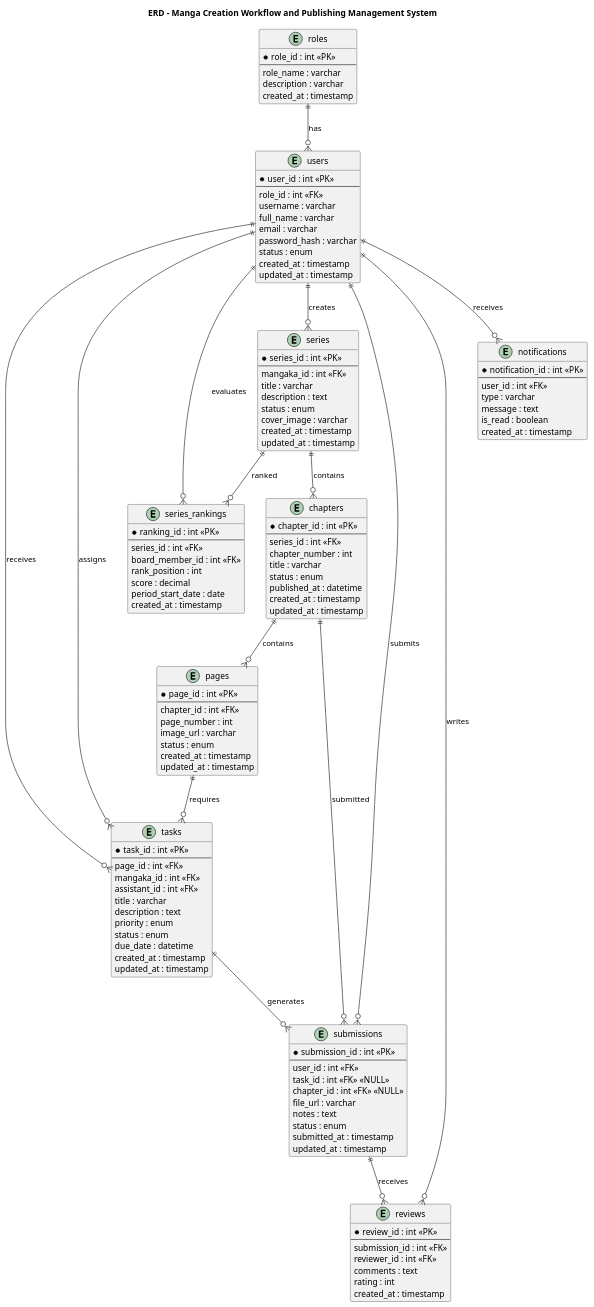
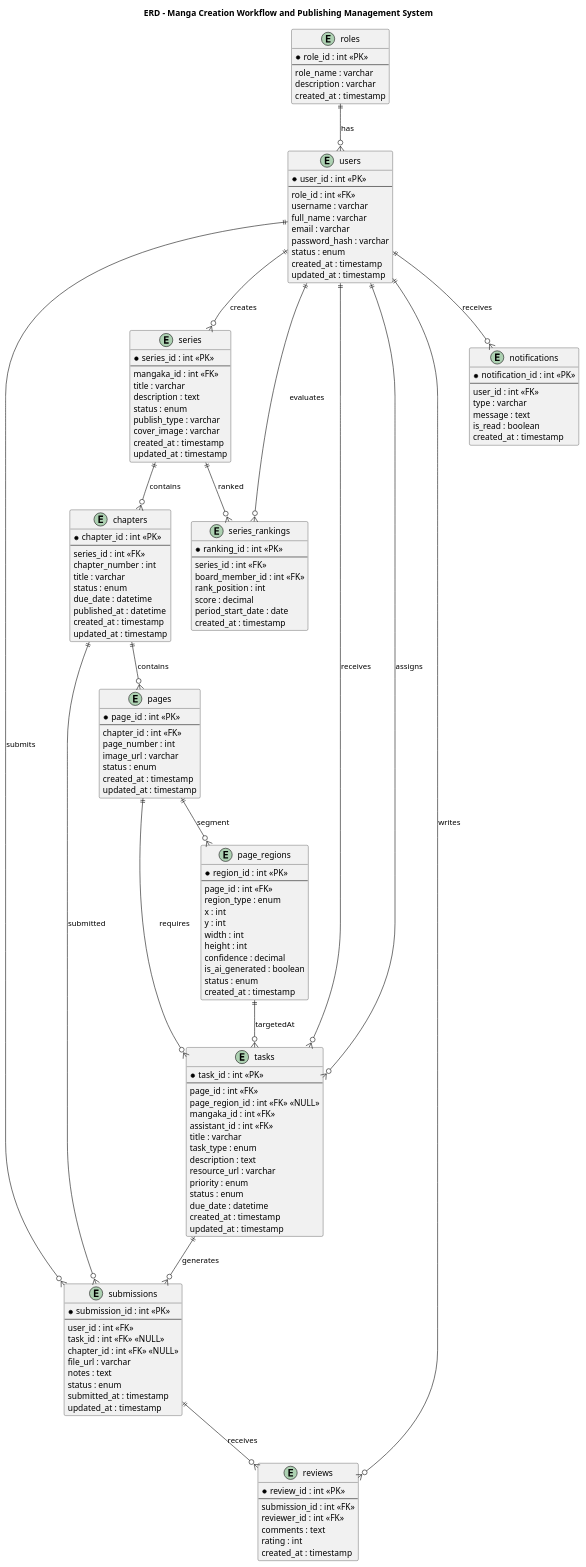
One commit to trongtan0079/Manga-publishing-management-system changed the diagram in UML/ERD.puml. Above: the diagram before and after it, drawn with PlantUML. The commit also changed 1 other file, not shown here.

Commit message:
docs: align ERD and Use Case diagrams with new database and code changes

```diff
--- a/UML/ERD.puml
+++ b/UML/ERD.puml
@@ -1,142 +1,164 @@
 @startuml
 title ERD - Manga Creation Workflow and Publishing Management System
 
 entity roles {
   *role_id : int <<PK>>
   --
   role_name : varchar
   description : varchar
   created_at : timestamp
 }
 
 entity users {
   *user_id : int <<PK>>
   --
   role_id : int <<FK>>
   username : varchar
   full_name : varchar
   email : varchar
   password_hash : varchar
   status : enum
   created_at : timestamp
   updated_at : timestamp
 }
 
 entity series {
   *series_id : int <<PK>>
   --
   mangaka_id : int <<FK>>
   title : varchar
   description : text
   status : enum
+  publish_type : varchar
   cover_image : varchar
   created_at : timestamp
   updated_at : timestamp
 }
 
 entity chapters {
   *chapter_id : int <<PK>>
   --
   series_id : int <<FK>>
   chapter_number : int
   title : varchar
   status : enum
+  due_date : datetime
   published_at : datetime
   created_at : timestamp
   updated_at : timestamp
+}
+
+entity page_regions {
+  *region_id : int <<PK>>
+  --
+  page_id : int <<FK>>
+  region_type : enum
+  x : int
+  y : int
+  width : int
+  height : int
+  confidence : decimal
+  is_ai_generated : boolean
+  status : enum
+  created_at : timestamp
 }
 
 entity pages {
   *page_id : int <<PK>>
   --
   chapter_id : int <<FK>>
   page_number : int
   image_url : varchar
   status : enum
   created_at : timestamp
   updated_at : timestamp
 }
 
 entity tasks {
   *task_id : int <<PK>>
   --
   page_id : int <<FK>>
+  page_region_id : int <<FK>> <<NULL>>
   mangaka_id : int <<FK>>
   assistant_id : int <<FK>>
   title : varchar
+  task_type : enum
   description : text
+  resource_url : varchar
   priority : enum
   status : enum
   due_date : datetime
   created_at : timestamp
   updated_at : timestamp
 }
 
 entity submissions {
   *submission_id : int <<PK>>
   --
   user_id : int <<FK>>
   task_id : int <<FK>> <<NULL>>
   chapter_id : int <<FK>> <<NULL>>
   file_url : varchar
   notes : text
   status : enum
   submitted_at : timestamp
   updated_at : timestamp
 }
 
 entity reviews {
   *review_id : int <<PK>>
   --
   submission_id : int <<FK>>
   reviewer_id : int <<FK>>
   comments : text
   rating : int
   created_at : timestamp
 }
 
 entity series_rankings {
   *ranking_id : int <<PK>>
   --
   series_id : int <<FK>>
   board_member_id : int <<FK>>
   rank_position : int
   score : decimal
   period_start_date : date
   created_at : timestamp
 }
 
 entity notifications {
   *notification_id : int <<PK>>
   --
   user_id : int <<FK>>
   type : varchar
   message : text
   is_read : boolean
   created_at : timestamp
 }
 
 roles ||--o{ users : has
 
 users ||--o{ series : creates
 
 users ||--o{ tasks : assigns
 users ||--o{ tasks : receives
 
 users ||--o{ submissions : submits
 users ||--o{ reviews : writes
 users ||--o{ notifications : receives
 users ||--o{ series_rankings : evaluates
 
 series ||--o{ chapters : contains
 series ||--o{ series_rankings : ranked
 
 chapters ||--o{ pages : contains
 chapters ||--o{ submissions : submitted
 
+pages ||--o{ page_regions : segment
 pages ||--o{ tasks : requires
+page_regions ||--o{ tasks : targetedAt
 tasks ||--o{ submissions : generates
 
 submissions ||--o{ reviews : receives
 
 @enduml
```
